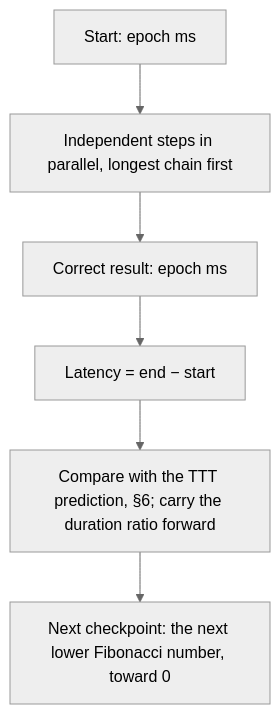
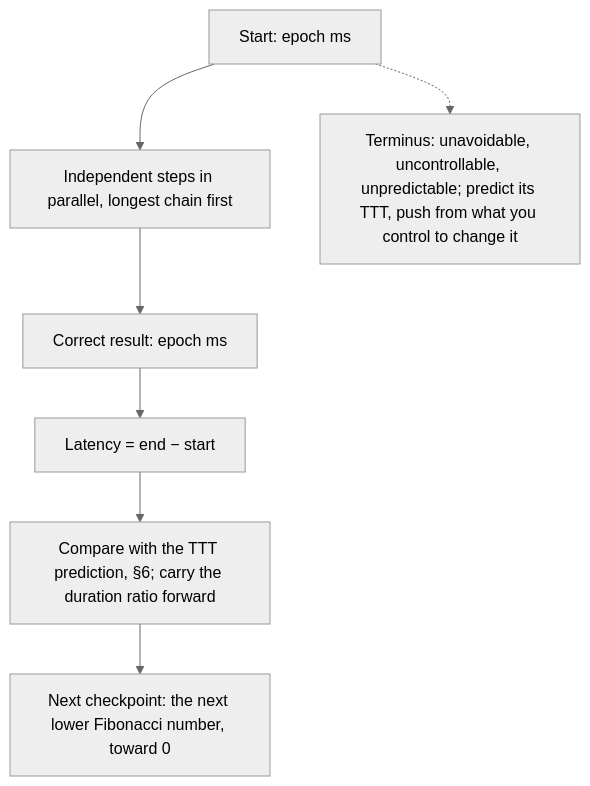
One commit to SolenixAI/arbiter changed the eighth of 14 diagrams in AGENTS.md. Above: the diagram before and after it, drawn with Mermaid (neutral theme). The commit also changed other lines of this file, not shown here.

First line of the commit message:
docs(agents): a terminus is an event you cannot avoid or control; push on its TTT (#38)

````diff
--- a/AGENTS.md
+++ b/AGENTS.md
@@ -355,5 +359,6 @@
 ```mermaid
 flowchart TD
   S["Start: epoch ms"] --> P["Independent steps in parallel, longest chain first"] --> R["Correct result: epoch ms"] --> L["Latency = end − start"]
   L --> C["Compare with the TTT prediction, §6; carry the duration ratio forward"] --> FB["Next checkpoint: the next lower Fibonacci number, toward 0"]
+  S -.-> TM["Terminus: unavoidable, uncontrollable, unpredictable; predict its TTT, push from what you control to change it"]
 ```
````
